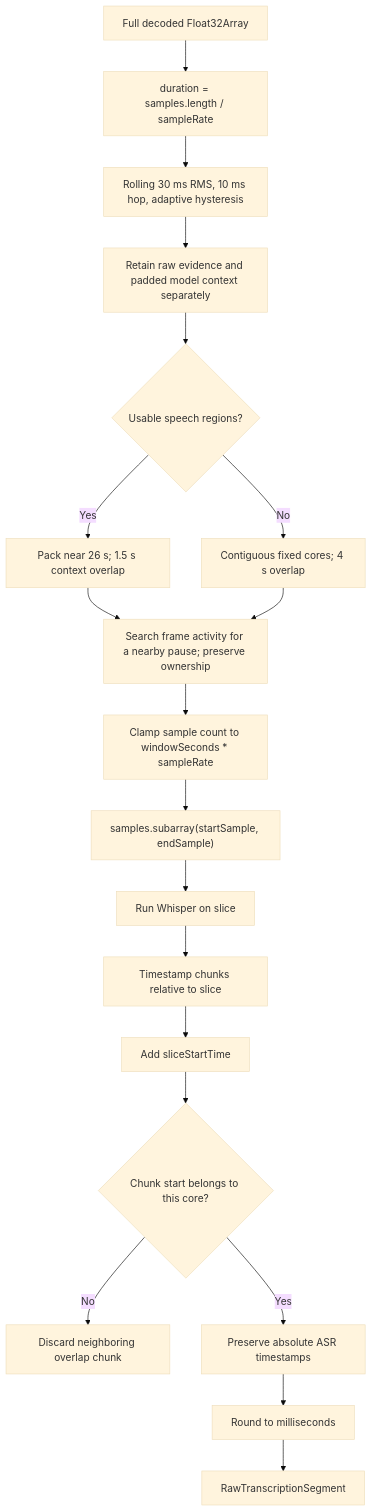
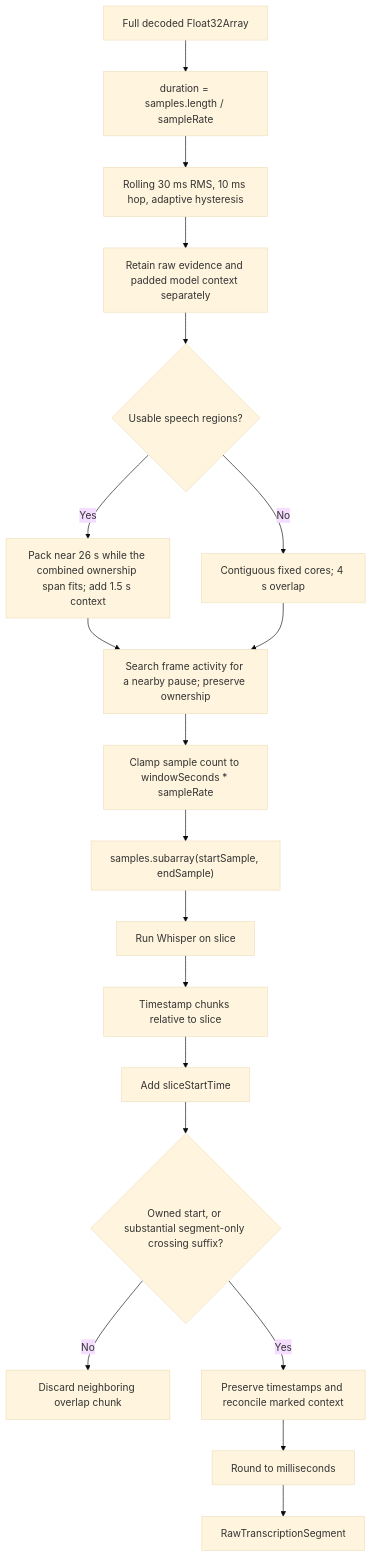
Before and after one commit to zxyandreay/auto-subtitle: the seventh of 18 diagrams in docs/project-state.md, drawn with Mermaid (base theme). The commit also changed other lines of this file and 38 other files, not shown here.

````diff
--- a/docs/project-state.md
+++ b/docs/project-state.md
@@ -637,21 +651,21 @@
 ```mermaid
 flowchart TD
     Audio["Full decoded Float32Array"] --> Duration["duration = samples.length / sampleRate"]
     Duration --> VAD["Rolling 30 ms RMS, 10 ms hop, adaptive hysteresis"]
     VAD --> Regions["Retain raw evidence and padded model context separately"]
     Regions --> Choice{"Usable speech regions?"}
-    Choice -->|Yes| Pack["Pack near 26 s; 1.5 s context overlap"]
+    Choice -->|Yes| Pack["Pack near 26 s while the combined ownership span fits; add 1.5 s context"]
     Choice -->|No| Fallback["Contiguous fixed cores; 4 s overlap"]
     Pack --> Slice["Search frame activity for a nearby pause; preserve ownership"]
     Fallback --> Slice
     Slice --> Limit["Clamp sample count to windowSeconds * sampleRate"]
     Limit --> Samples["samples.subarray(startSample, endSample)"]
     Samples --> Model["Run Whisper on slice"]
     Model --> Chunks["Timestamp chunks relative to slice"]
     Chunks --> Offset["Add sliceStartTime"]
-    Offset --> Owner{"Chunk start belongs to this core?"}
+    Offset --> Owner{"Owned start, or substantial segment-only crossing suffix?"}
     Owner -->|No| Discard["Discard neighboring overlap chunk"]
-    Owner -->|Yes| Preserve["Preserve absolute ASR timestamps"]
+    Owner -->|Yes| Preserve["Preserve timestamps and reconcile marked context"]
     Preserve --> Round["Round to milliseconds"]
     Round --> Segment["RawTranscriptionSegment"]
 ```
````
